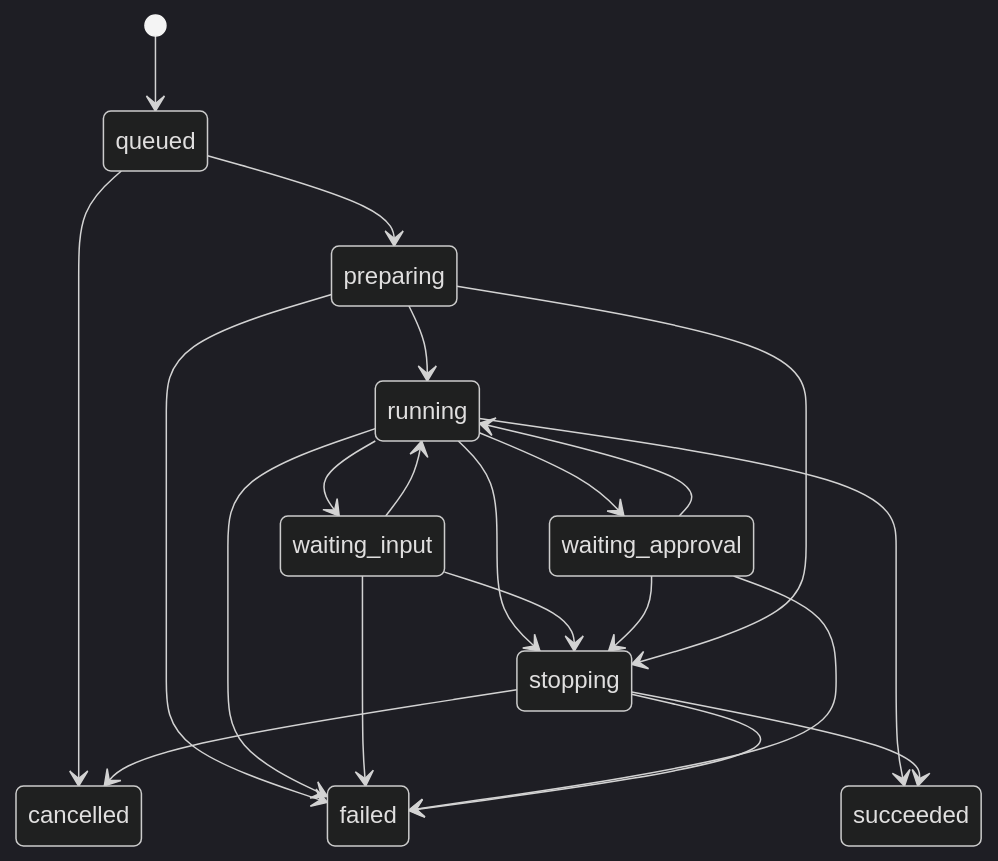
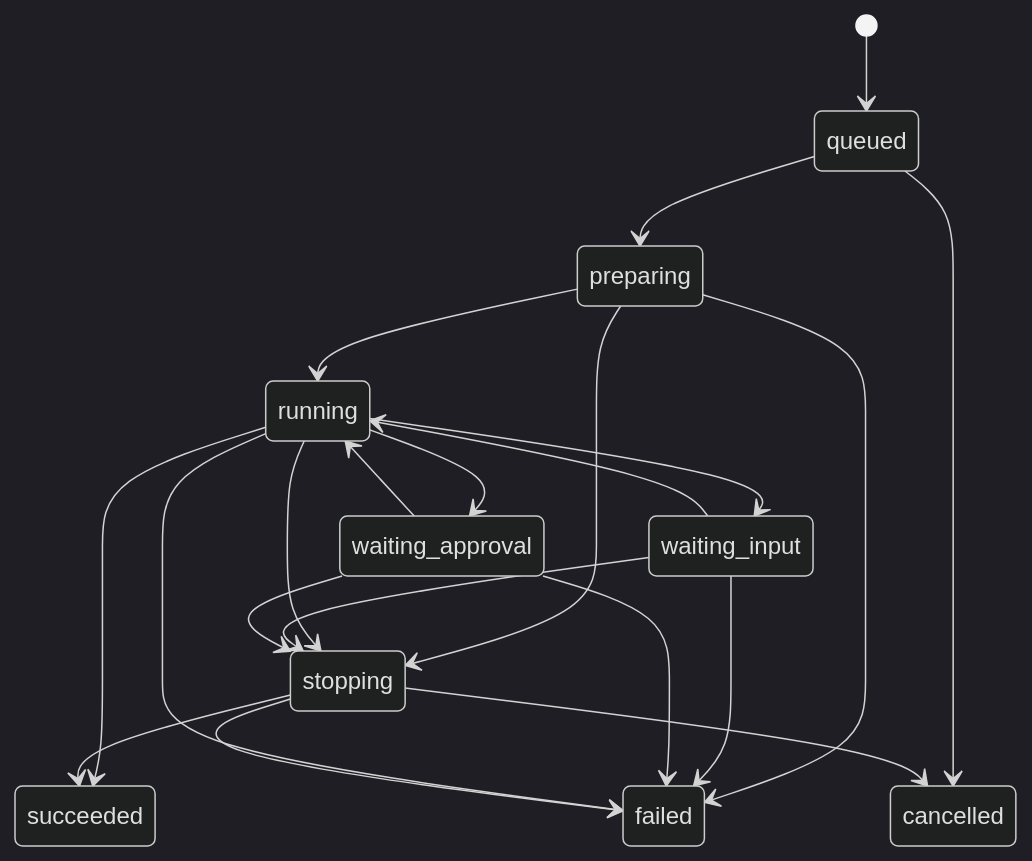
Before and after one commit to ntygod/HEXU: the second of 2 diagrams in docs/product/05-domain-and-state.md, drawn with Mermaid (dark theme). The commit also changed other lines of this file, not shown here.

````diff
--- a/docs/product/05-domain-and-state.md
+++ b/docs/product/05-domain-and-state.md
@@ -99,23 +101,23 @@
 ```mermaid
 stateDiagram-v2
     [*] --> queued
     queued --> preparing
+    queued --> cancelled
     preparing --> running
     preparing --> failed
+    preparing --> stopping
     running --> waiting_input
     running --> waiting_approval
     waiting_input --> running
     waiting_approval --> running
+    waiting_input --> failed
+    waiting_approval --> failed
     running --> stopping
     waiting_input --> stopping
     waiting_approval --> stopping
-    queued --> cancelled
-    preparing --> stopping
     running --> succeeded
     running --> failed
-    waiting_input --> failed
-    waiting_approval --> failed
     stopping --> cancelled
     stopping --> failed
     stopping --> succeeded
 ```
````
